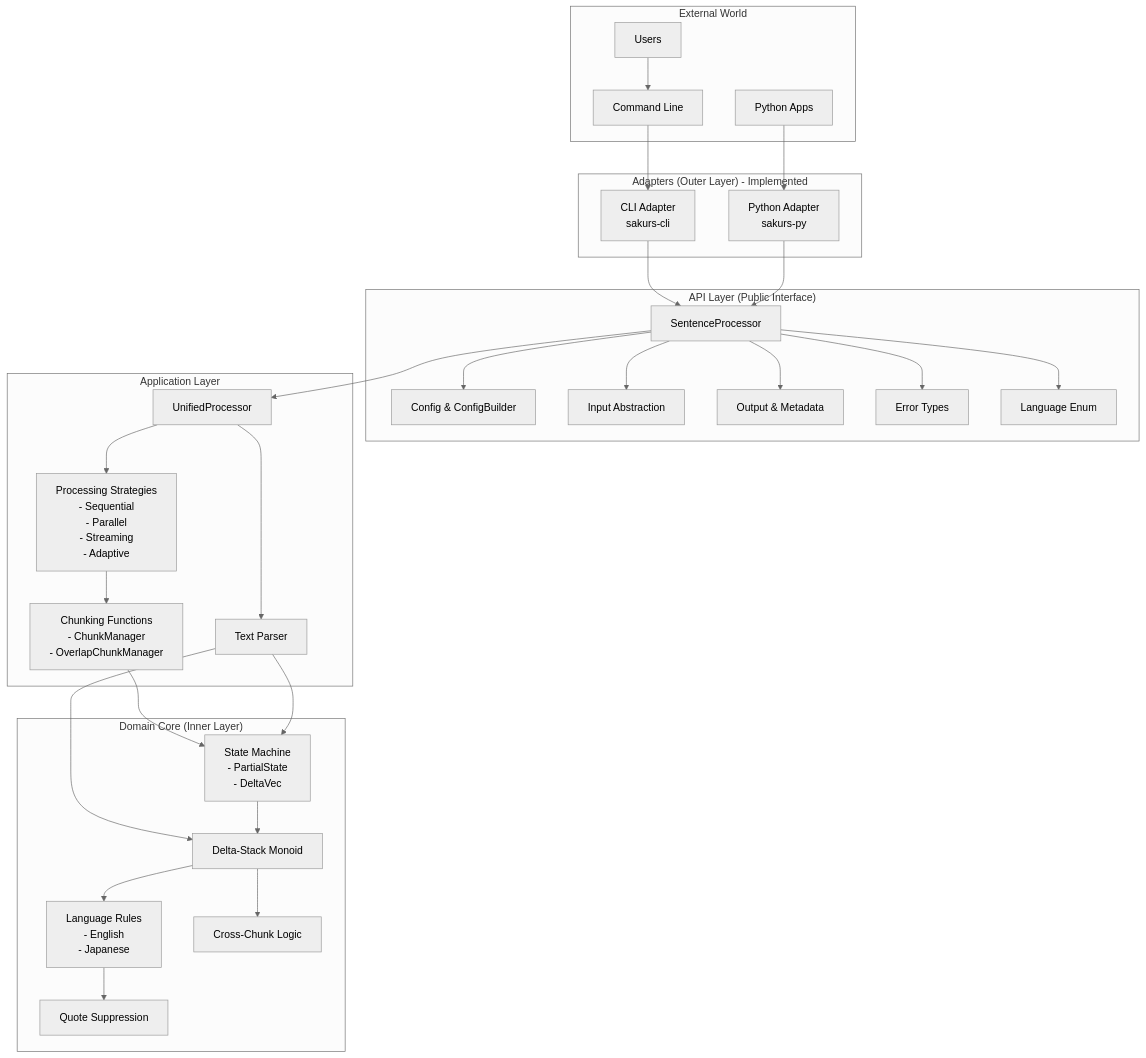
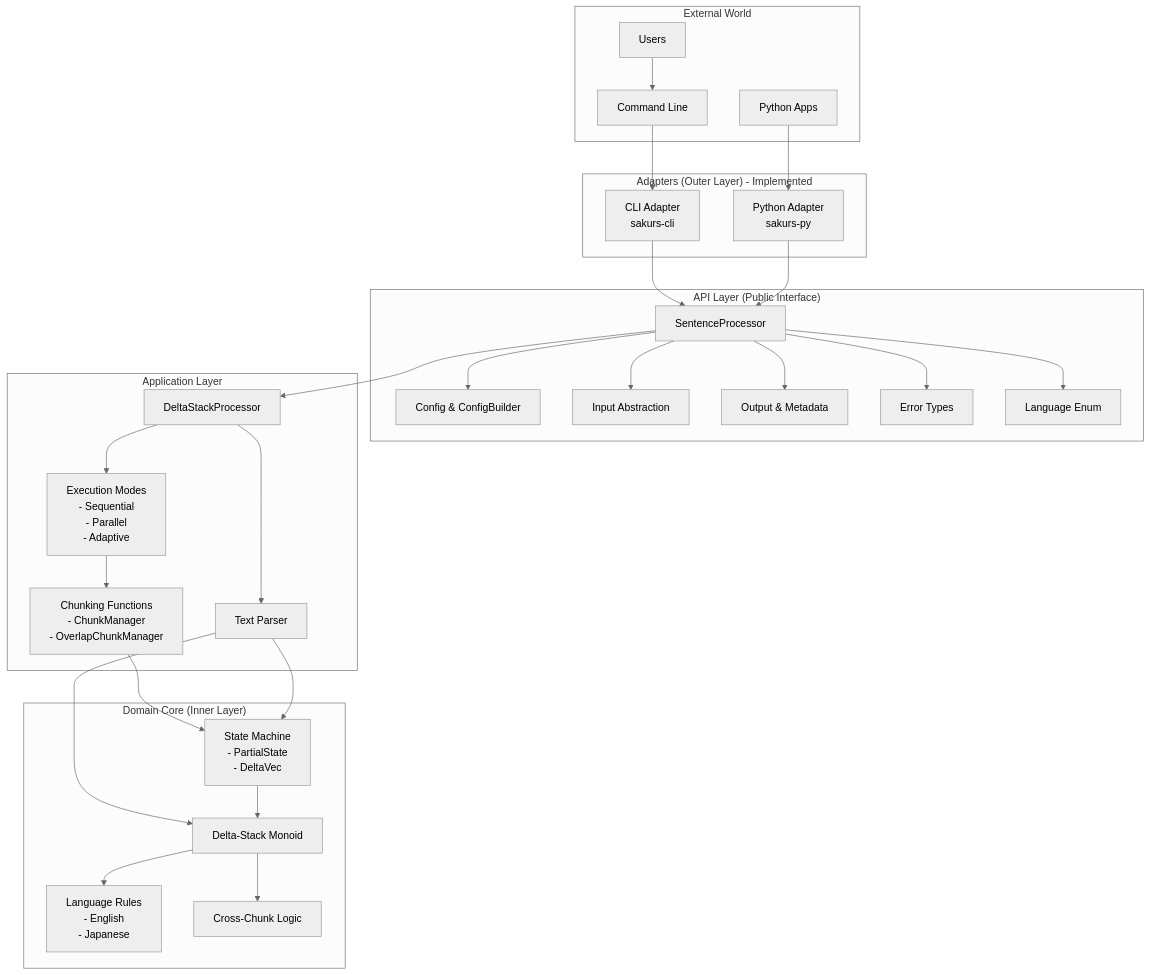
One commit to sog4be/sakurs changed the first of 2 diagrams in docs/ARCHITECTURE.md. Above: the diagram before and after it, drawn with Mermaid (neutral theme). The commit also changed other lines of this file, not shown here.

First line of the commit message:
docs: update architecture documentation after refactoring

````diff
--- a/docs/ARCHITECTURE.md
+++ b/docs/ARCHITECTURE.md
@@ -18,63 +18,61 @@
 ```mermaid
 graph TB
     subgraph "External World"
         USER[Users]
         PY[Python Apps]
         CLI[Command Line]
     end
     
     subgraph "Adapters (Outer Layer) - Implemented"
         ADP_CLI[CLI Adapter<br/>sakurs-cli]
         ADP_PY[Python Adapter<br/>sakurs-py]
     end
     
     subgraph "API Layer (Public Interface)"
         API[SentenceProcessor]
         CFG[Config & ConfigBuilder]
         IN[Input Abstraction]
         OUT[Output & Metadata]
         ERR[Error Types]
         LANG[Language Enum]
     end
     
     subgraph "Application Layer"
-        APP[UnifiedProcessor]
-        STRAT[Processing Strategies<br/>- Sequential<br/>- Parallel<br/>- Streaming<br/>- Adaptive]
+        APP[DeltaStackProcessor]
+        MODE[Execution Modes<br/>- Sequential<br/>- Parallel<br/>- Adaptive]
         CHUNK[Chunking Functions<br/>- ChunkManager<br/>- OverlapChunkManager]
         PARSER[Text Parser]
     end
     
     subgraph "Domain Core (Inner Layer)"
         ALGO[Delta-Stack Monoid]
         RULES[Language Rules<br/>- English<br/>- Japanese]
         STATE[State Machine<br/>- PartialState<br/>- DeltaVec]
         CROSS[Cross-Chunk Logic]
-        QUOTE[Quote Suppression]
     end
     
     USER --> CLI
     CLI --> ADP_CLI
     PY --> ADP_PY
     
     ADP_CLI --> API
     ADP_PY --> API
     
     API --> CFG
     API --> IN
     API --> OUT
     API --> ERR
     API --> LANG
     API --> APP
     
-    APP --> STRAT
+    APP --> MODE
     APP --> PARSER
-    STRAT --> CHUNK
+    MODE --> CHUNK
     PARSER --> ALGO
     
     CHUNK --> STATE
     PARSER --> STATE
     STATE --> ALGO
     ALGO --> RULES
     ALGO --> CROSS
-    RULES --> QUOTE
 ```
````
